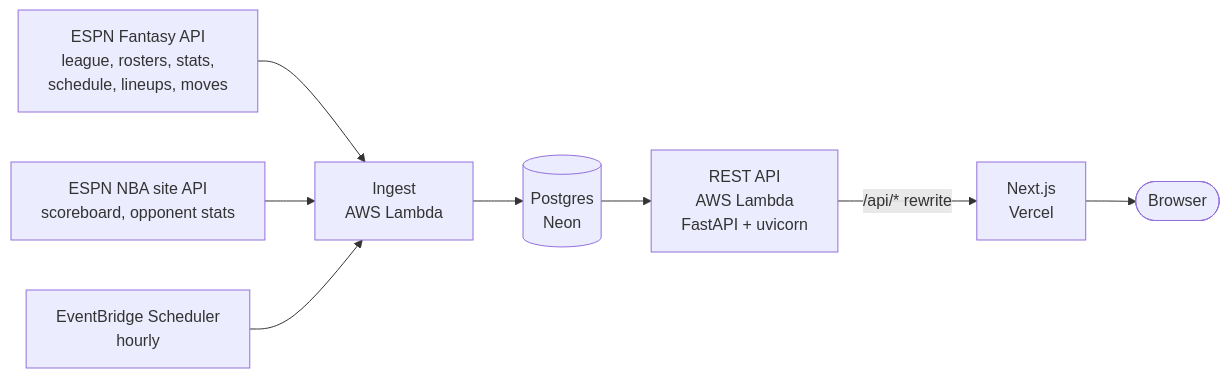
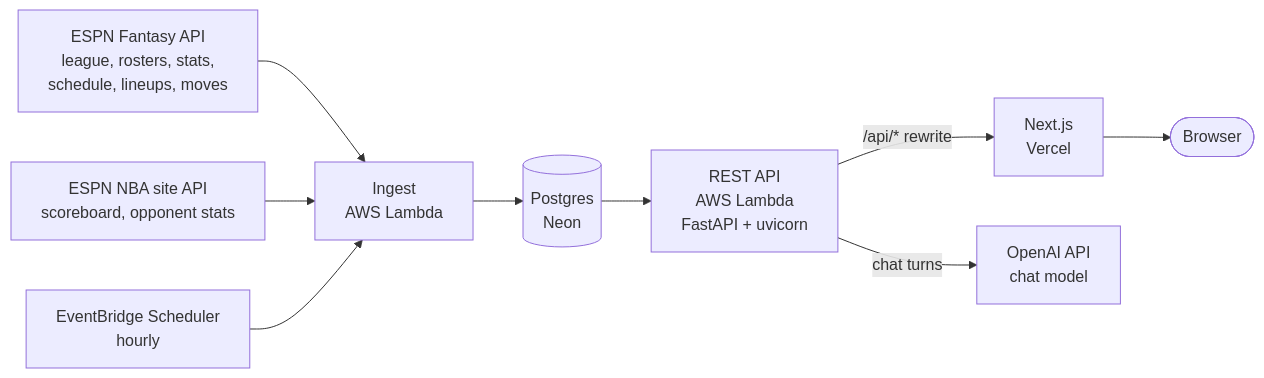
One commit to dwangman123/fantasy-helper changed the first of 2 diagrams in README.md. Above: the diagram before and after it, drawn with Mermaid. The commit also changed other lines of this file and 3 other files, not shown here.

````diff
--- a/README.md
+++ b/README.md
@@ -153,10 +159,11 @@
 ```mermaid
 flowchart LR
     fantasy["ESPN Fantasy API<br/>league, rosters, stats,<br/>schedule, lineups, moves"] --> ingest
     site["ESPN NBA site API<br/>scoreboard, opponent stats"] --> ingest
     sched["EventBridge Scheduler<br/>hourly"] --> ingest
     ingest["Ingest<br/>AWS Lambda"] --> db[("Postgres<br/>Neon")]
     db --> api["REST API<br/>AWS Lambda<br/>FastAPI + uvicorn"]
     api -- "/api/* rewrite" --> web["Next.js<br/>Vercel"]
+    api -- "chat turns" --> openai["OpenAI API<br/>chat model"]
     web --> user(["Browser"])
 ```
````
